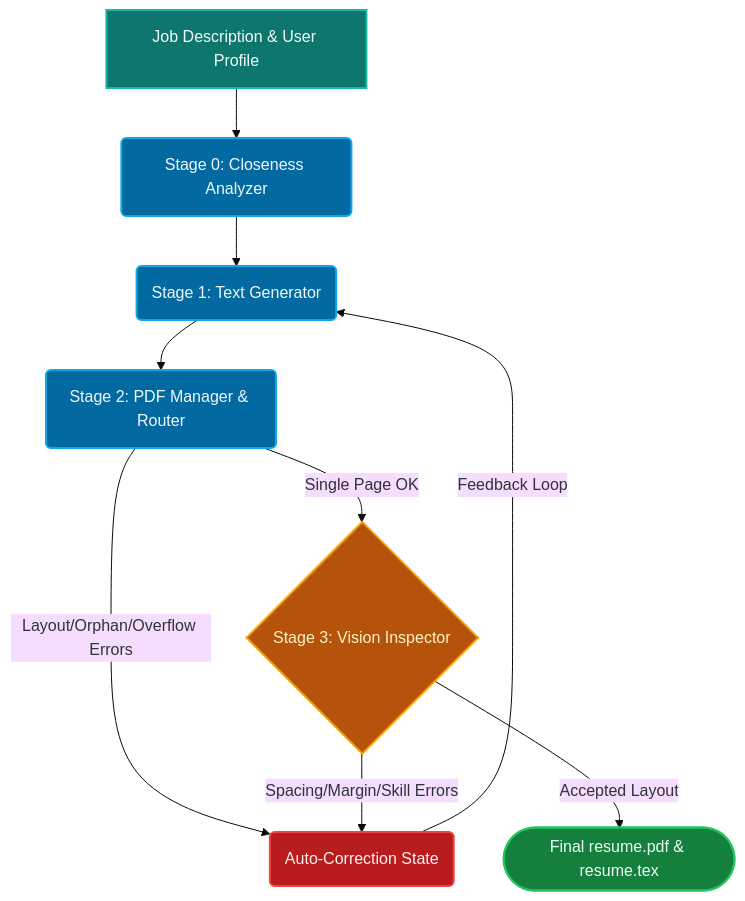
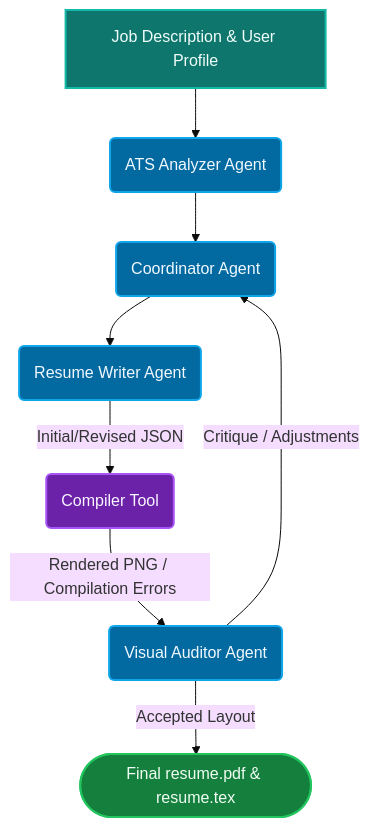
One commit to sagun-karki/multimodal-resume-compiler changed the diagram in README.md. Above: the diagram before and after it, drawn with Mermaid (base theme). The commit also changed other lines of this file, not shown here.

Commit message:
docs(readme): document the new multi-agent system architecture

````diff
--- a/README.md
+++ b/README.md
@@ -9,21 +9,16 @@
 ```mermaid
 graph TD
     classDef default fill:#1E293B,stroke:#475569,stroke-width:2px,color:#F8FAFC;
     classDef startNode fill:#0F766E,stroke:#14B8A6,stroke-width:2px,color:#F0FDFA;
-    classDef stageNode fill:#0369A1,stroke:#0EA5E9,stroke-width:2px,color:#F0F9FF;
-    classDef decisionNode fill:#B45309,stroke:#F59E0B,stroke-width:2px,color:#FEF3C7;
+    classDef agentNode fill:#0369A1,stroke:#0EA5E9,stroke-width:2px,color:#F0F9FF;
+    classDef toolNode fill:#6B21A8,stroke:#A855F7,stroke-width:2px,color:#FAF5FF;
     classDef successNode fill:#15803D,stroke:#22C55E,stroke-width:2px,color:#F0FDF4;
-    classDef failNode fill:#B91C1C,stroke:#EF4444,stroke-width:2px,color:#FEF2F2;
 
-    A[Job Description & User Profile]:::startNode --> B(Stage 0: Closeness Analyzer):::stageNode
-    B --> C(Stage 1: Text Generator):::stageNode
-    C --> D(Stage 2: PDF Manager & Router):::stageNode
-    
-    D -->|Layout/Orphan/Overflow Errors| E(Auto-Correction State):::failNode
-    D -->|Single Page OK| F{Stage 3: Vision Inspector}:::decisionNode
-    
-    F -->|Spacing/Margin/Skill Errors| E
-    E -->|Feedback Loop| C
-    
+    A[Job Description & User Profile]:::startNode --> B(ATS Analyzer Agent):::agentNode
+    B --> C(Coordinator Agent):::agentNode
+    C --> D(Resume Writer Agent):::agentNode
+    D -->|Initial/Revised JSON| E(Compiler Tool):::toolNode
+    E -->|Rendered PNG / Compilation Errors| F(Visual Auditor Agent):::agentNode
     F -->|Accepted Layout| G([Final resume.pdf & resume.tex]):::successNode
+    F -->|Critique / Adjustments| C
 ```
````
